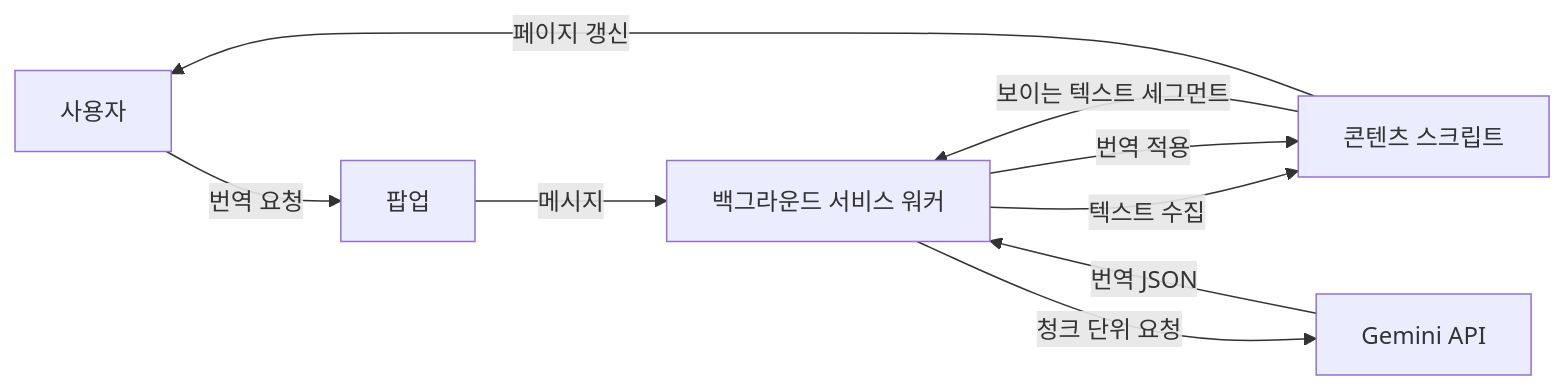
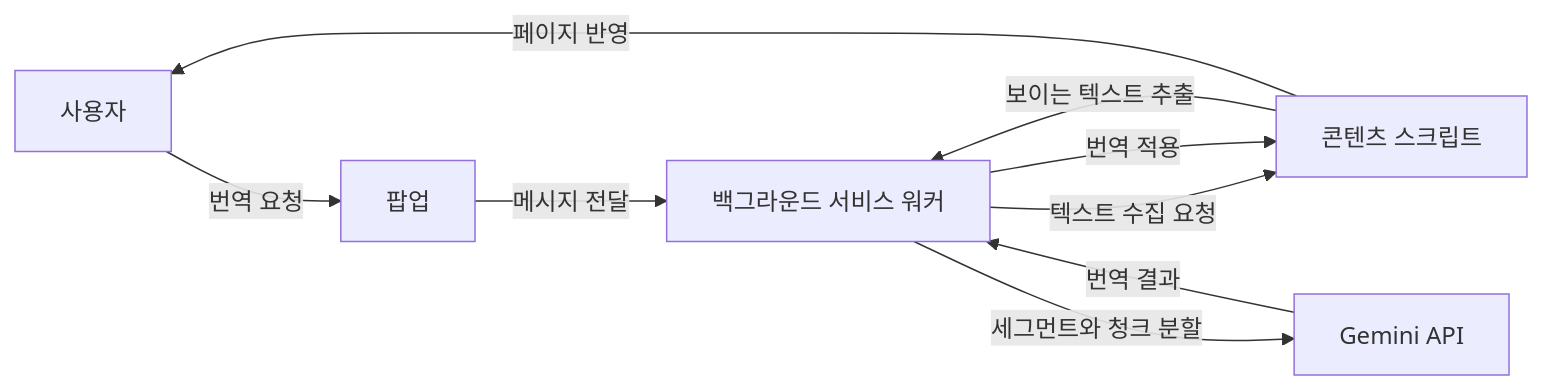
One commit to NANMAZINO/context-translator changed the diagram in README.ko.md. Above: the diagram before and after it, drawn with Mermaid. The commit also changed other lines of this file and 1 other file, not shown here.

````diff
--- a/README.ko.md
+++ b/README.ko.md
@@ -38,11 +77,11 @@
 ```mermaid
 flowchart LR
     A["사용자"] -->|번역 요청| B["팝업"]
-    B -->|메시지| C["백그라운드 서비스 워커"]
-    C -->|텍스트 수집| D["콘텐츠 스크립트"]
-    D -->|보이는 텍스트 세그먼트| C
-    C -->|청크 단위 요청| E["Gemini API"]
-    E -->|번역 JSON| C
+    B -->|메시지 전달| C["백그라운드 서비스 워커"]
+    C -->|텍스트 수집 요청| D["콘텐츠 스크립트"]
+    D -->|보이는 텍스트 추출| C
+    C -->|세그먼트와 청크 분할| E["Gemini API"]
+    E -->|번역 결과| C
     C -->|번역 적용| D
-    D -->|페이지 갱신| A
+    D -->|페이지 반영| A
 ```
````
